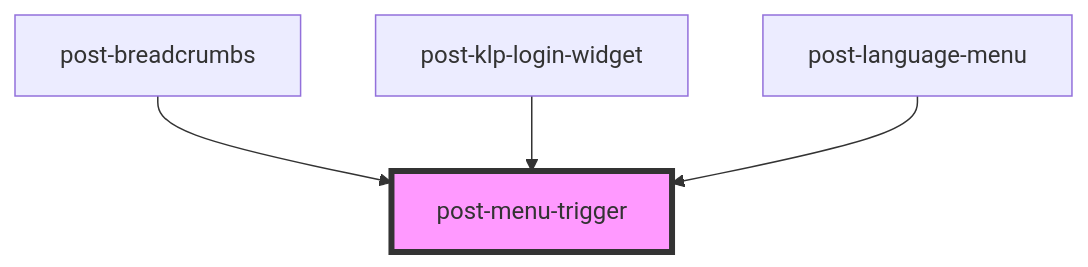
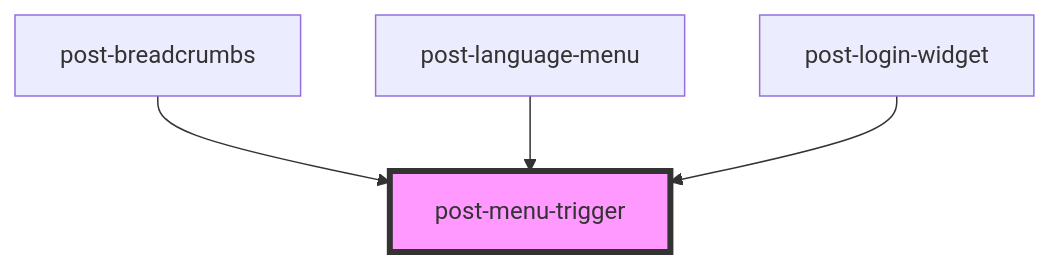
Before and after one commit to swisspost/design-system: the diagram in packages/components/src/components/post-menu-trigger/readme.md, drawn with Mermaid. The commit also changed other lines of this file and 12 other files, not shown here.

````diff
--- a/packages/components/src/components/post-menu-trigger/readme.md
+++ b/packages/components/src/components/post-menu-trigger/readme.md
@@ -22,7 +22,7 @@
 ```mermaid
 graph TD;
   post-breadcrumbs --> post-menu-trigger
-  post-klp-login-widget --> post-menu-trigger
   post-language-menu --> post-menu-trigger
+  post-login-widget --> post-menu-trigger
   style post-menu-trigger fill:#f9f,stroke:#333,stroke-width:4px
 ```
````
